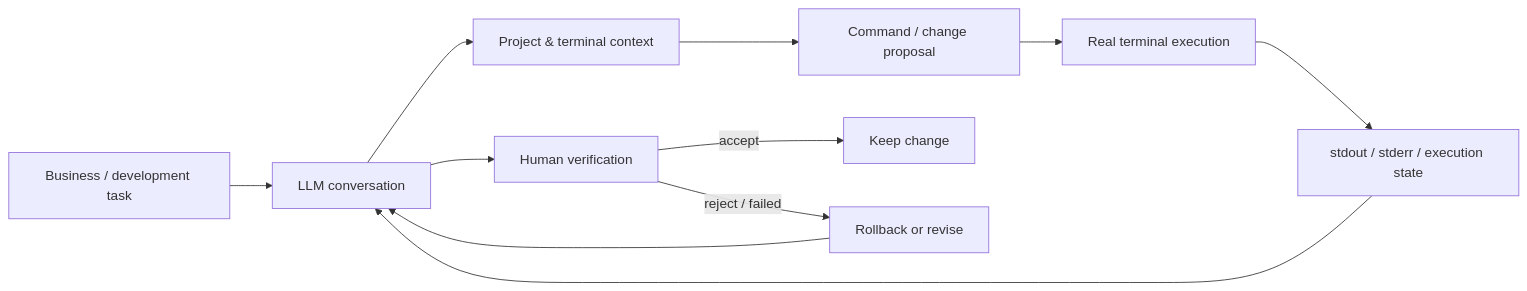
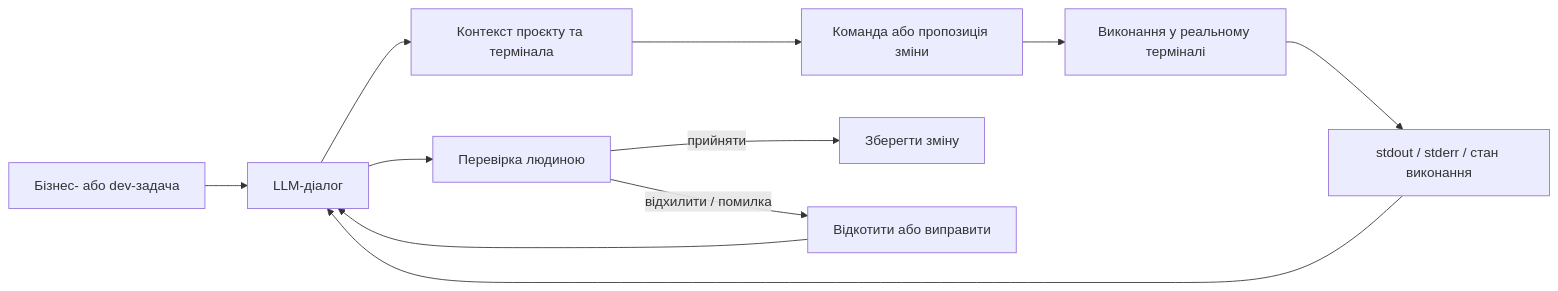
Before and after one commit to kat151599/AI_Development_Workbench: the diagram in README.md, drawn with Mermaid. The commit also changed other lines of this file, not shown here.

````diff
--- a/README.md
+++ b/README.md
@@ -34,13 +36,13 @@
 ```mermaid
 flowchart LR
-    A[Business / development task] --> B[LLM conversation]
-    B --> C[Project & terminal context]
-    C --> D[Command / change proposal]
-    D --> E[Real terminal execution]
-    E --> F[stdout / stderr / execution state]
+    A[Бізнес- або dev-задача] --> B[LLM-діалог]
+    B --> C[Контекст проєкту та термінала]
+    C --> D[Команда або пропозиція зміни]
+    D --> E[Виконання у реальному терміналі]
+    E --> F[stdout / stderr / стан виконання]
     F --> B
-    B --> G[Human verification]
-    G -->|accept| H[Keep change]
-    G -->|reject / failed| I[Rollback or revise]
+    B --> G[Перевірка людиною]
+    G -->|прийняти| H[Зберегти зміну]
+    G -->|відхилити / помилка| I[Відкотити або виправити]
     I --> B
 ```
````
